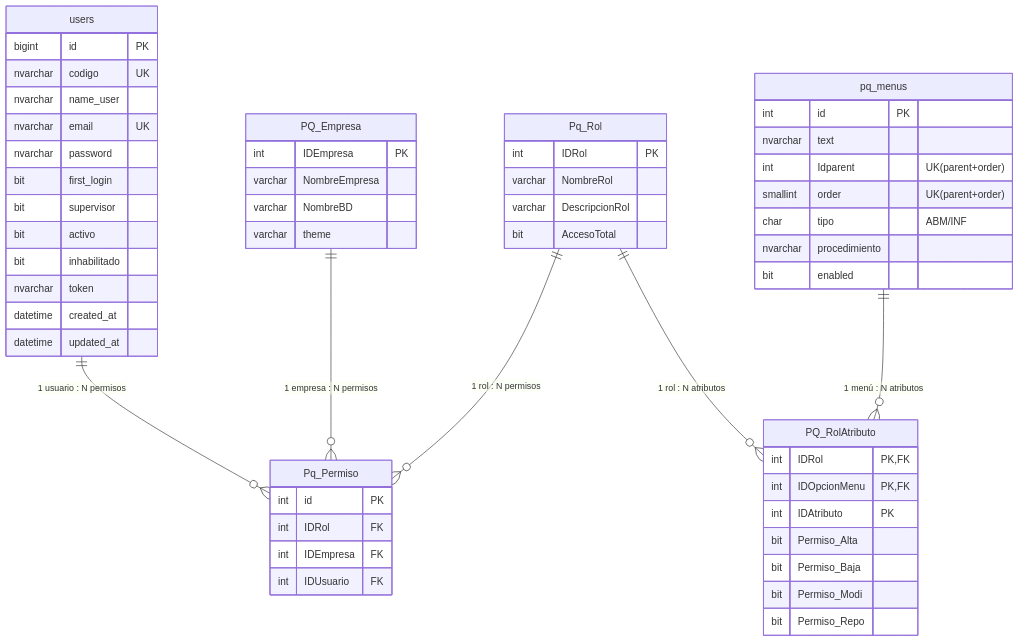
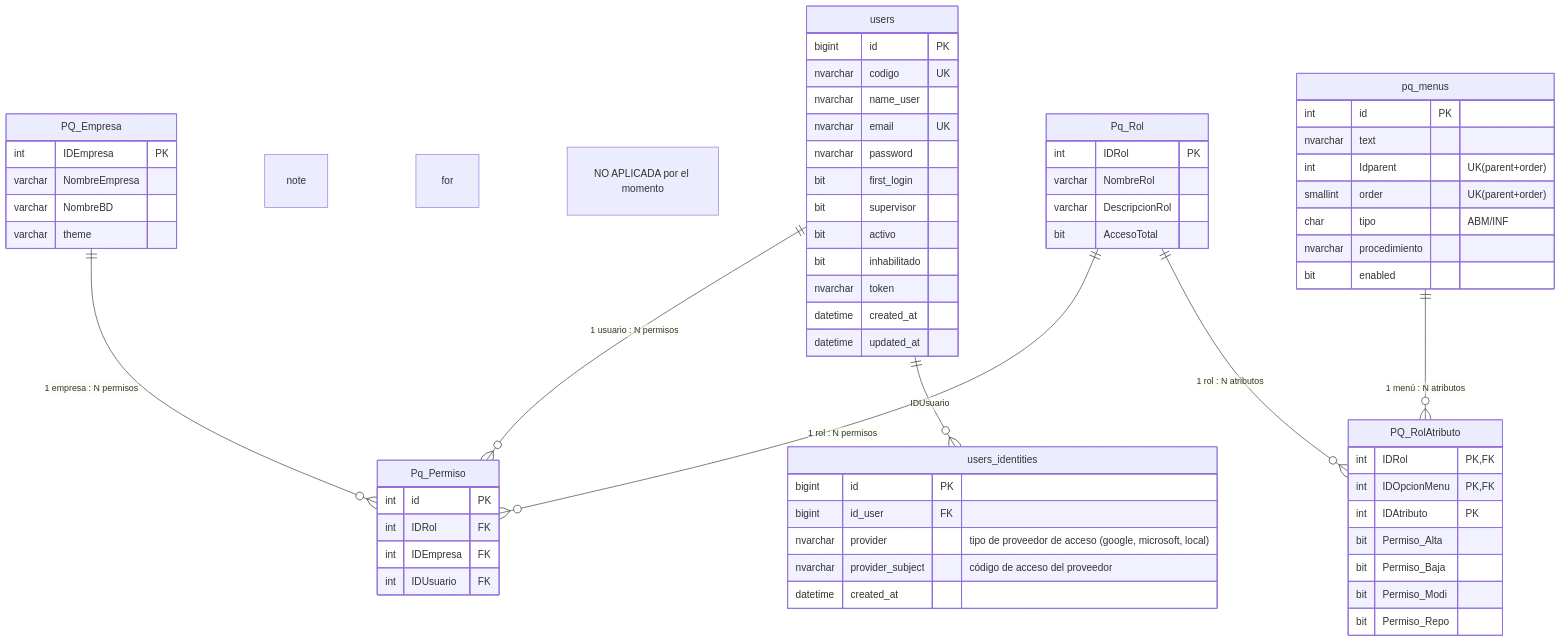
One commit to paqsystems/PaqSuite-IA-TANGO changed the second of 6 diagrams in docs/modelo-datos/md-diccionario/md-diccionario-diagramas.md. Above: the diagram before and after it, drawn with Mermaid. The commit also changed other lines of this file and 31 other files, not shown here.

````diff
--- a/docs/modelo-datos/md-diccionario/md-diccionario-diagramas.md
+++ b/docs/modelo-datos/md-diccionario/md-diccionario-diagramas.md
@@ -176,64 +201,74 @@
 ```mermaid
 erDiagram
     users {
         bigint id PK
         nvarchar codigo UK
         nvarchar name_user
         nvarchar email UK
         nvarchar password
         bit first_login
         bit supervisor
         bit activo
         bit inhabilitado
         nvarchar token
         datetime created_at
         datetime updated_at
     }
     
+    users_identities{
+        bigint id PK
+        bigint id_user FK
+        nvarchar provider           "tipo de proveedor de acceso  (google, microsoft, local)"
+        nvarchar provider_subject   "código de acceso del proveedor"
+        datetime created_at
+    }
+    note for users_identities "NO APLICADA por el momento"
+
     pq_menus {
         int id PK
         nvarchar text
         int Idparent "UK(parent+order)"
         smallint order "UK(parent+order)"
         char tipo "ABM/INF"
         nvarchar procedimiento
         bit enabled
     }
     
     PQ_Empresa {
         int IDEmpresa PK
         varchar NombreEmpresa
         varchar NombreBD
         varchar theme
     }
     
     Pq_Rol {
         int IDRol PK
         varchar NombreRol
         varchar DescripcionRol
         bit AccesoTotal
     }
     
     PQ_RolAtributo {
         int IDRol PK,FK
         int IDOpcionMenu PK,FK
         int IDAtributo PK
         bit Permiso_Alta
         bit Permiso_Baja
         bit Permiso_Modi
         bit Permiso_Repo
     }
     
     Pq_Permiso {
         int id PK
         int IDRol FK
         int IDEmpresa FK
         int IDUsuario FK
     }
     
     users ||--o{ Pq_Permiso : "1 usuario : N permisos"
+    users ||--o{ users_identities : "IDUsuario"
     PQ_Empresa ||--o{ Pq_Permiso : "1 empresa : N permisos"
     Pq_Rol ||--o{ Pq_Permiso : "1 rol : N permisos"
     Pq_Rol ||--o{ PQ_RolAtributo : "1 rol : N atributos"
     pq_menus ||--o{ PQ_RolAtributo : "1 menú : N atributos"
 ```
````
